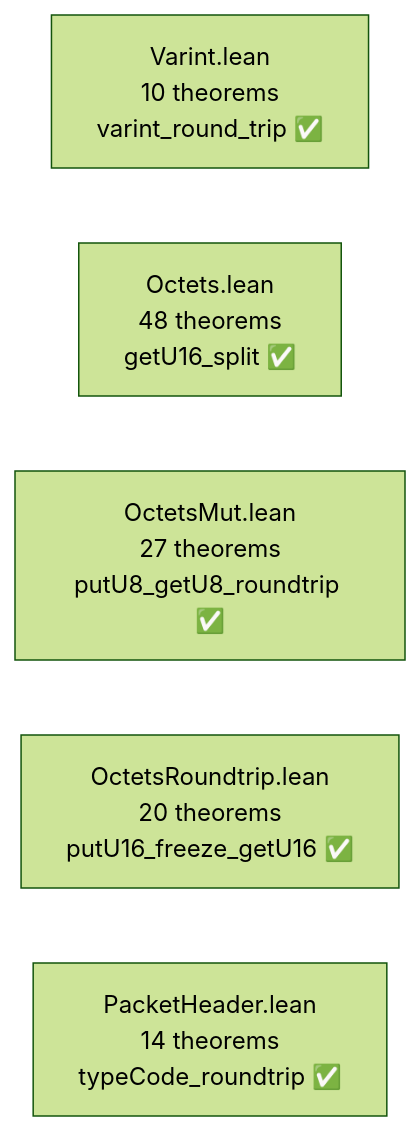
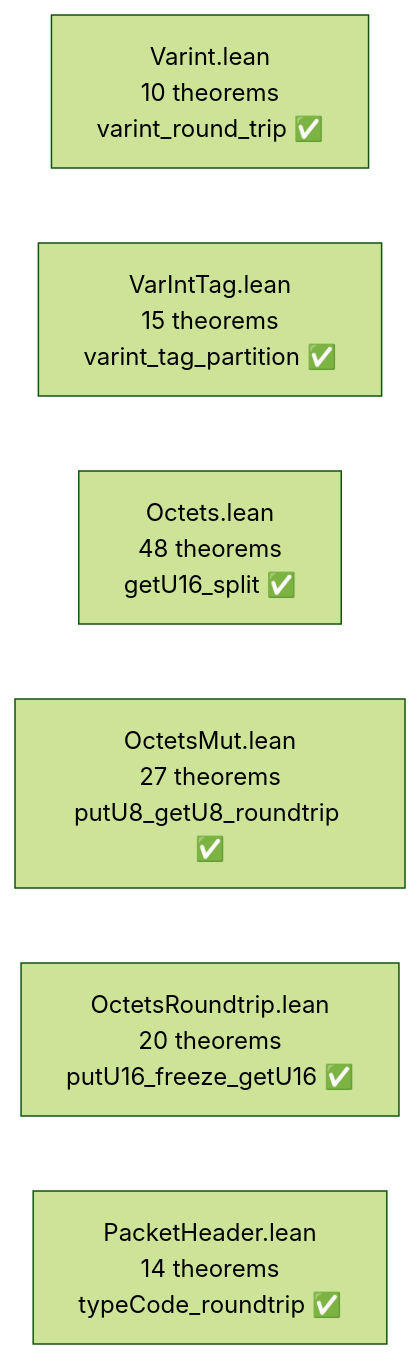
One commit to dsyme/quiche changed the second of 7 diagrams in formal-verification/REPORT.md. Above: the diagram before and after it, drawn with Mermaid (forest theme). The commit also changed other lines of this file and 2 other files, not shown here.

````diff
--- a/formal-verification/REPORT.md
+++ b/formal-verification/REPORT.md
@@ -89,8 +93,9 @@
 ```mermaid
 graph LR
     V["Varint.lean<br/>10 theorems<br/>varint_round_trip ✅"]
+    VT["VarIntTag.lean<br/>15 theorems<br/>varint_tag_partition ✅"]
     O["Octets.lean<br/>48 theorems<br/>getU16_split ✅"]
     OM["OctetsMut.lean<br/>27 theorems<br/>putU8_getU8_roundtrip ✅"]
     ORT["OctetsRoundtrip.lean<br/>20 theorems<br/>putU16_freeze_getU16 ✅"]
     PH["PacketHeader.lean<br/>14 theorems<br/>typeCode_roundtrip ✅"]
 ```
````
